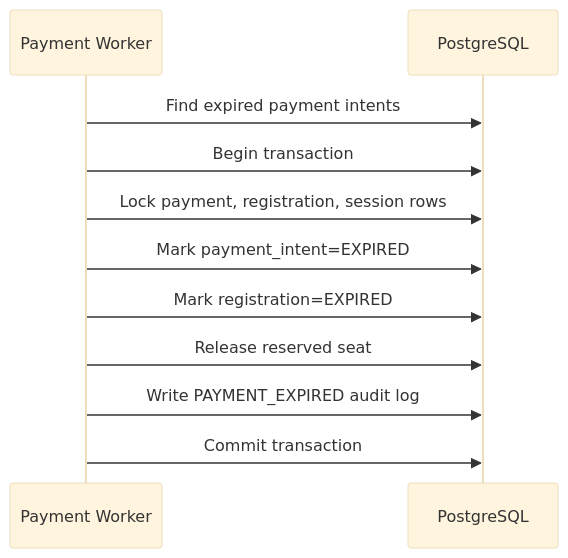
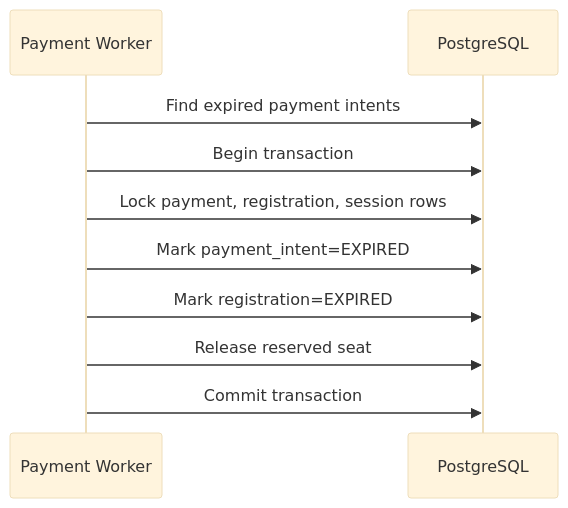
The sixth of 6 diagrams in blueprint/specs/payment.md (NguyenThanhTien539/unihub-workshop-system), drawn with Mermaid (base theme) before and after one commit. The commit also changed other lines of this file and 8 other files, not shown here.

````diff
--- a/blueprint/specs/payment.md
+++ b/blueprint/specs/payment.md
@@ -206,14 +196,13 @@
 ```mermaid
 sequenceDiagram
     participant W as Payment Worker
     participant DB as PostgreSQL
 
     W->>DB: Find expired payment intents
     W->>DB: Begin transaction
     W->>DB: Lock payment, registration, session rows
     W->>DB: Mark payment_intent=EXPIRED
     W->>DB: Mark registration=EXPIRED
     W->>DB: Release reserved seat
-    W->>DB: Write PAYMENT_EXPIRED audit log
     W->>DB: Commit transaction
 ```
````
